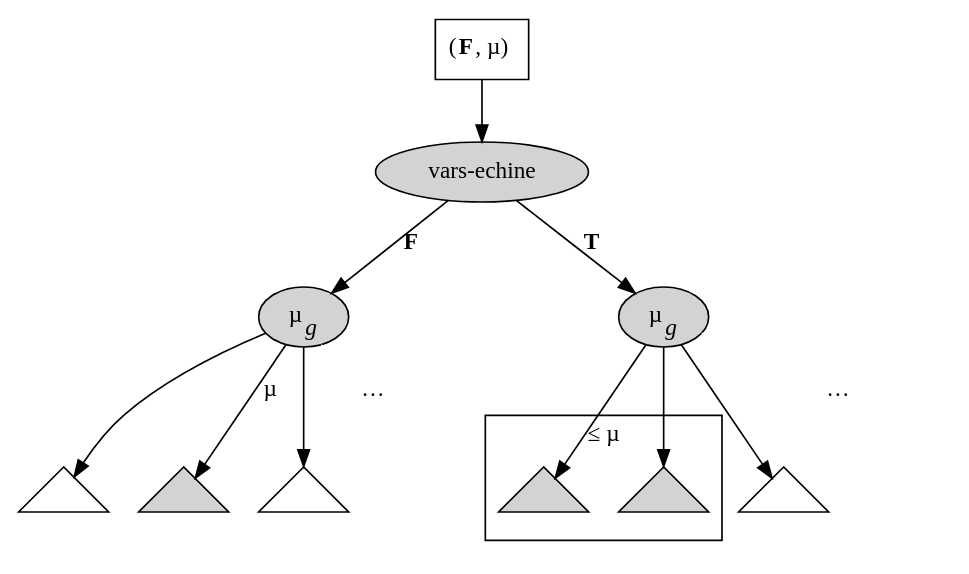
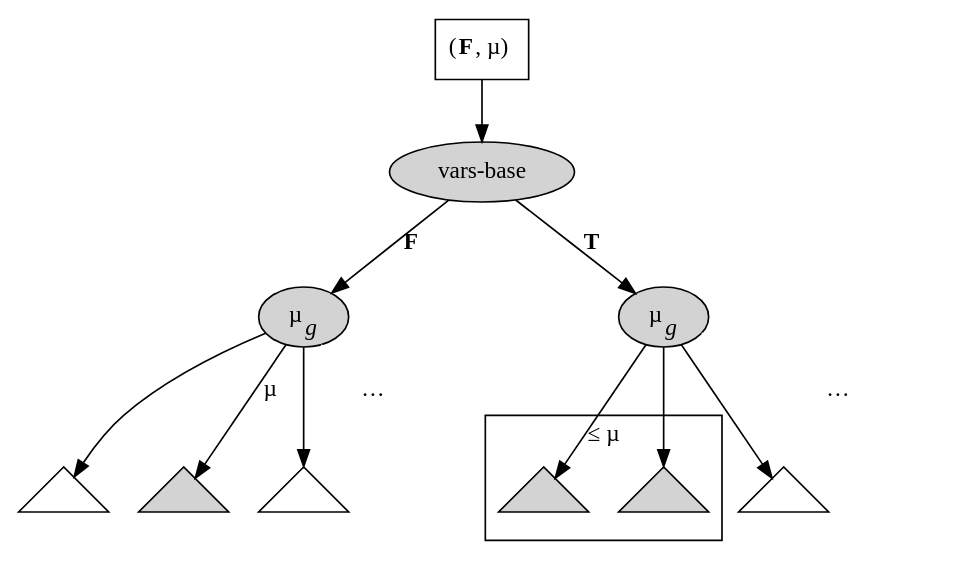
One commit to Drup/dowsing changed the diagram in tex/rapport/graphs/crit2_1.dot. Above: the diagram before and after it, drawn with Graphviz. The commit also changed 4 other files, not shown here.

```diff
--- a/tex/rapport/graphs/crit2_1.dot
+++ b/tex/rapport/graphs/crit2_1.dot
@@ -1,26 +1,26 @@
 digraph {
 	node [ label = "" ] ;
 	N_0 [ label = <(<b>F</b>, µ)>, shape = record ] ;
-	N_1 [ label = "vars-echine", style = filled ] ;
+	N_1 [ label = "vars-base", style = filled ] ;
 	N_2_1, N_2_2 [ label = <µ<sub><i>g</i></sub>>, style = filled ] ;
 	node [ shape = triangle ] ;
 	N_3_1 ;
 	N_3_2 [ style = filled ] ;
 	N_3_3 ;
 	N_3_4 [ style = invisible ] ;
 	subgraph cluster {
 		label = "≤ µ" ;
 		N_3_5, N_3_6 [ style = filled ] ;
 	}
 	N_3_7 ;
 	N_3_8 [ style = invisible ] ;
 
 	N_0 -> N_1 ;
 	N_1 -> N_2_1 [ label = <<b>F</b>> ] ;
 	N_1 -> N_2_2 [ label = <<b>T</b>> ] ;
 	N_2_1 -> { N_3_1, N_3_3 } ;
 	N_2_1 -> N_3_2 [ label = "µ" ] ;
 	N_2_1 -> N_3_4 [ color = white, arrowhead = none, label = "…"] ;
 	N_2_2 -> { N_3_5, N_3_6, N_3_7 } ;
 	N_2_2 -> N_3_8 [ color = white, arrowhead = none, label = "…"] ;
 }
```
